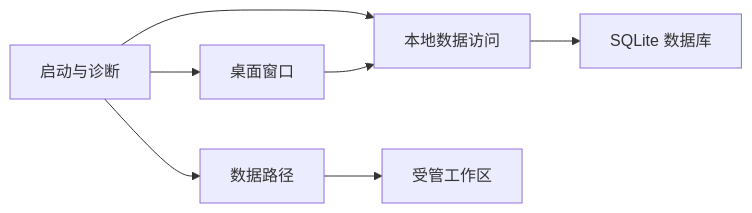
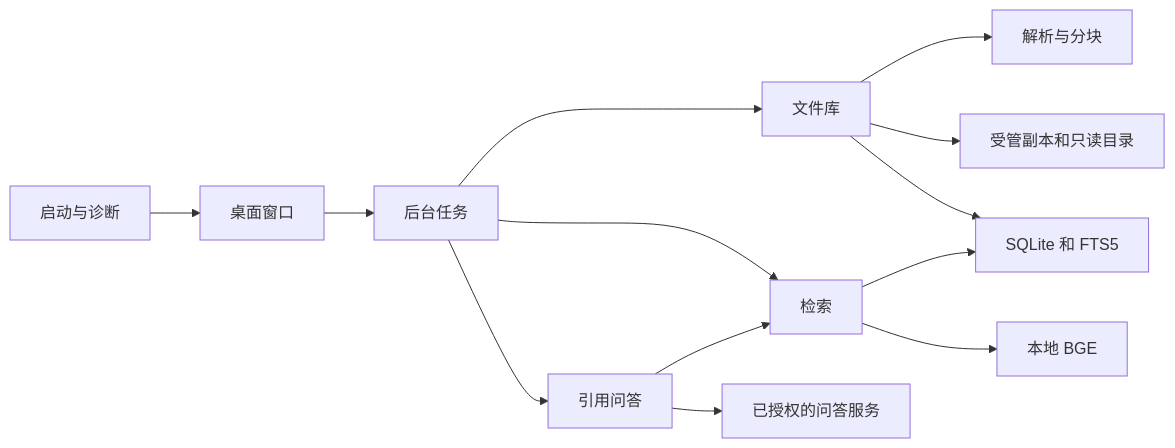
Before and after one commit to We1chan/FileMind: the diagram in docs/architecture.md, drawn with Mermaid. The commit also changed other lines of this file and 31 other files, not shown here.

````diff
--- a/docs/architecture.md
+++ b/docs/architecture.md
@@ -5,9 +5,15 @@
 ```mermaid
 flowchart LR
     Entry["启动与诊断"] --> Window["桌面窗口"]
-    Entry --> Paths["数据路径"]
-    Entry --> Store["本地数据访问"]
-    Window --> Store
-    Store --> Database["SQLite 数据库"]
-    Paths --> Workspace["受管工作区"]
+    Window --> Task["后台任务"]
+    Task --> Library["文件库"]
+    Task --> Search["检索"]
+    Task --> QA["引用问答"]
+    QA --> Search
+    QA --> Remote["已授权的问答服务"]
+    Library --> Parser["解析与分块"]
+    Library --> Files["受管副本和只读目录"]
+    Library --> Store["SQLite 和 FTS5"]
+    Search --> Store
+    Search --> Model["本地 BGE"]
 ```
````
